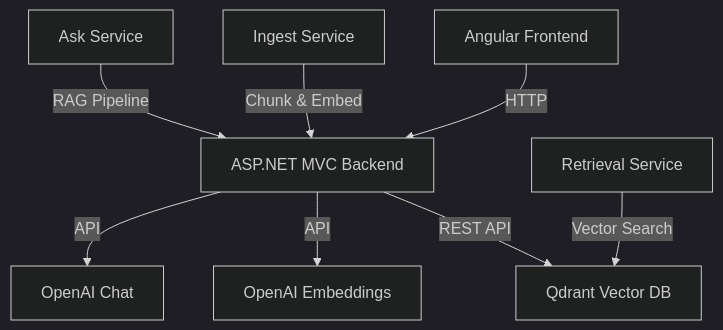
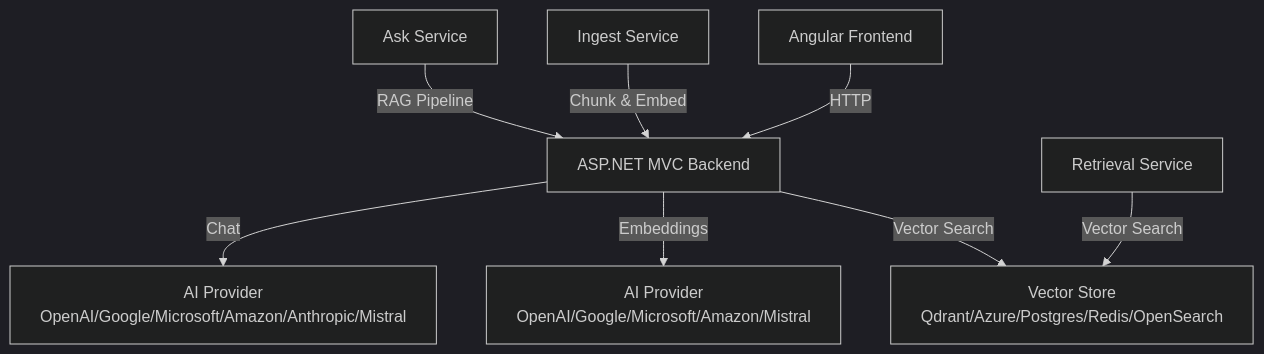
Before and after one commit to bipindra/PaymentOpsCopilot: the diagram in README.md, drawn with Mermaid (dark theme). The commit also changed other lines of this file, not shown here.

````diff
--- a/README.md
+++ b/README.md
@@ -16,11 +18,11 @@
 ```mermaid
 graph TB
     A[Angular Frontend] -->|HTTP| B[ASP.NET MVC Backend]
-    B -->|REST API| C[Qdrant Vector DB]
-    B -->|API| D[OpenAI Embeddings]
-    B -->|API| E[OpenAI Chat]
+    B -->|Vector Search| C[Vector Store<br/>Qdrant/Azure/Postgres/Redis/OpenSearch]
+    B -->|Embeddings| D[AI Provider<br/>OpenAI/Google/Microsoft/Amazon/Mistral]
+    B -->|Chat| E[AI Provider<br/>OpenAI/Google/Microsoft/Amazon/Anthropic/Mistral]
     
     F[Ingest Service] -->|Chunk & Embed| B
     G[Retrieval Service] -->|Vector Search| C
     H[Ask Service] -->|RAG Pipeline| B
 ```
````
